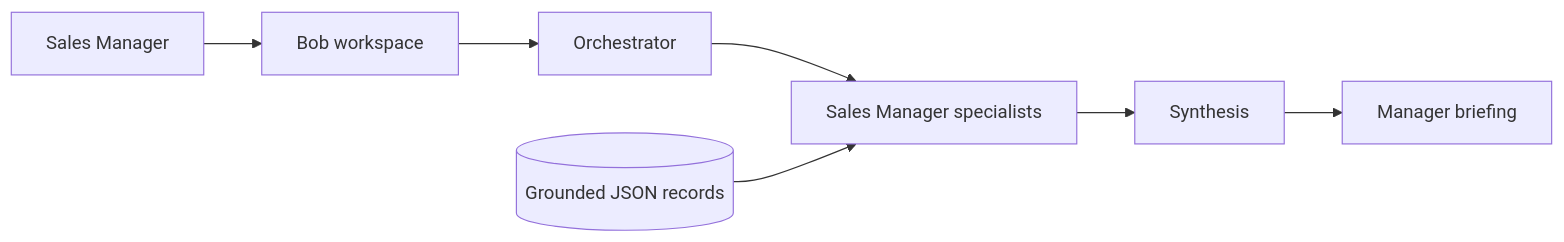
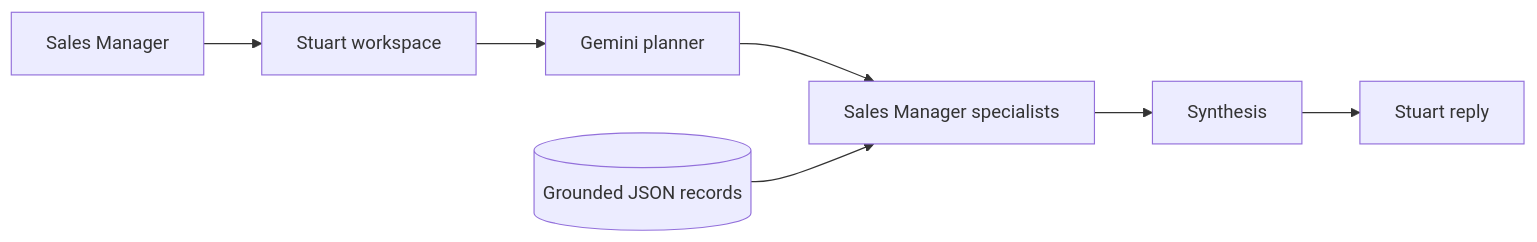
The diagram in ppt.md (raj-barshikar-sp/stuart-sales-manager-assistant), drawn with Mermaid before and after one commit. The commit also changed other lines of this file and 112 other files, not shown here.

````diff
--- a/ppt.md
+++ b/ppt.md
@@ -24,9 +24,9 @@
 ```mermaid
 flowchart LR
-  Manager[Sales Manager] --> Workspace[Bob workspace]
-  Workspace --> Router[Orchestrator]
+  Manager[Sales Manager] --> Workspace[Stuart workspace]
+  Workspace --> Router[Gemini planner]
   Router --> Specialists[Sales Manager specialists]
   Data[(Grounded JSON records)] --> Specialists
   Specialists --> Synthesis[Synthesis]
-  Synthesis --> Briefing[Manager briefing]
+  Synthesis --> Reply[Stuart reply]
 ```
````
